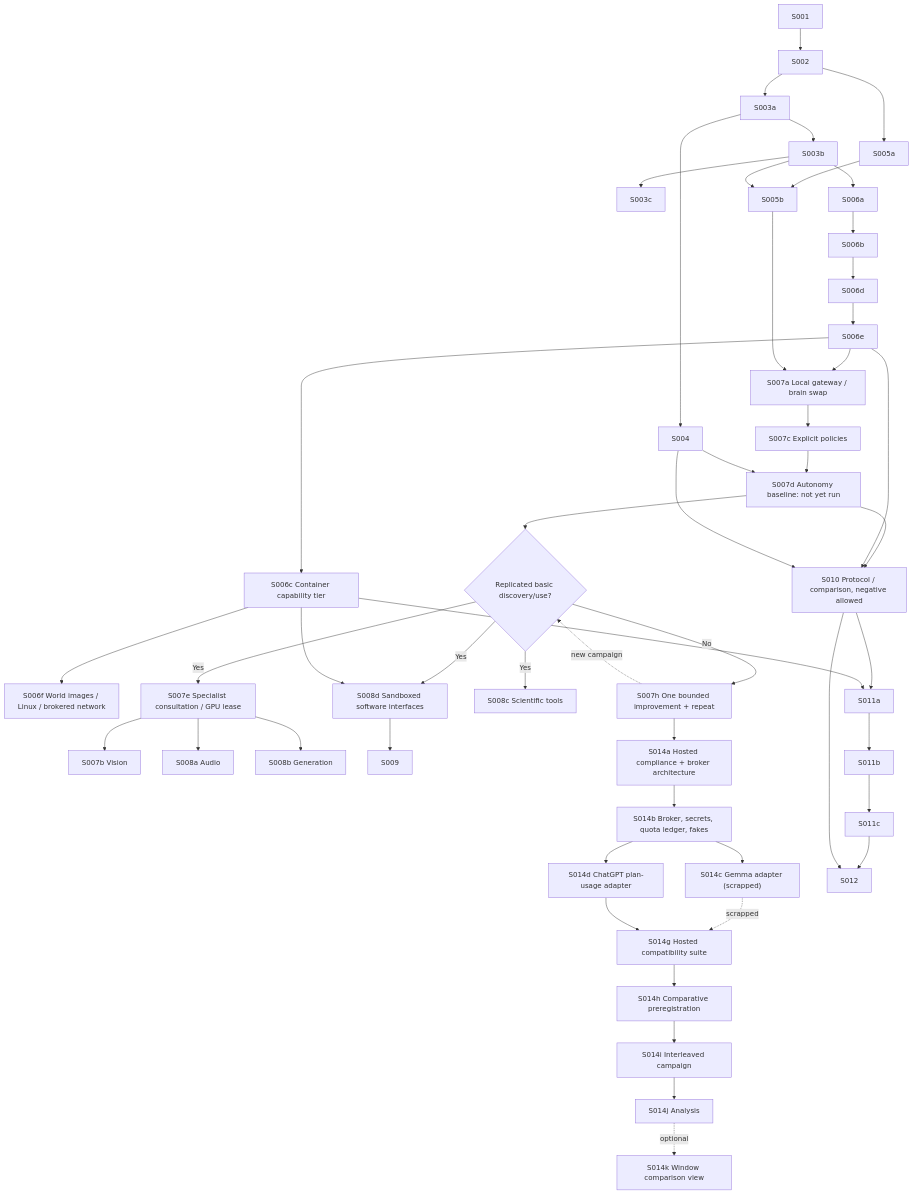
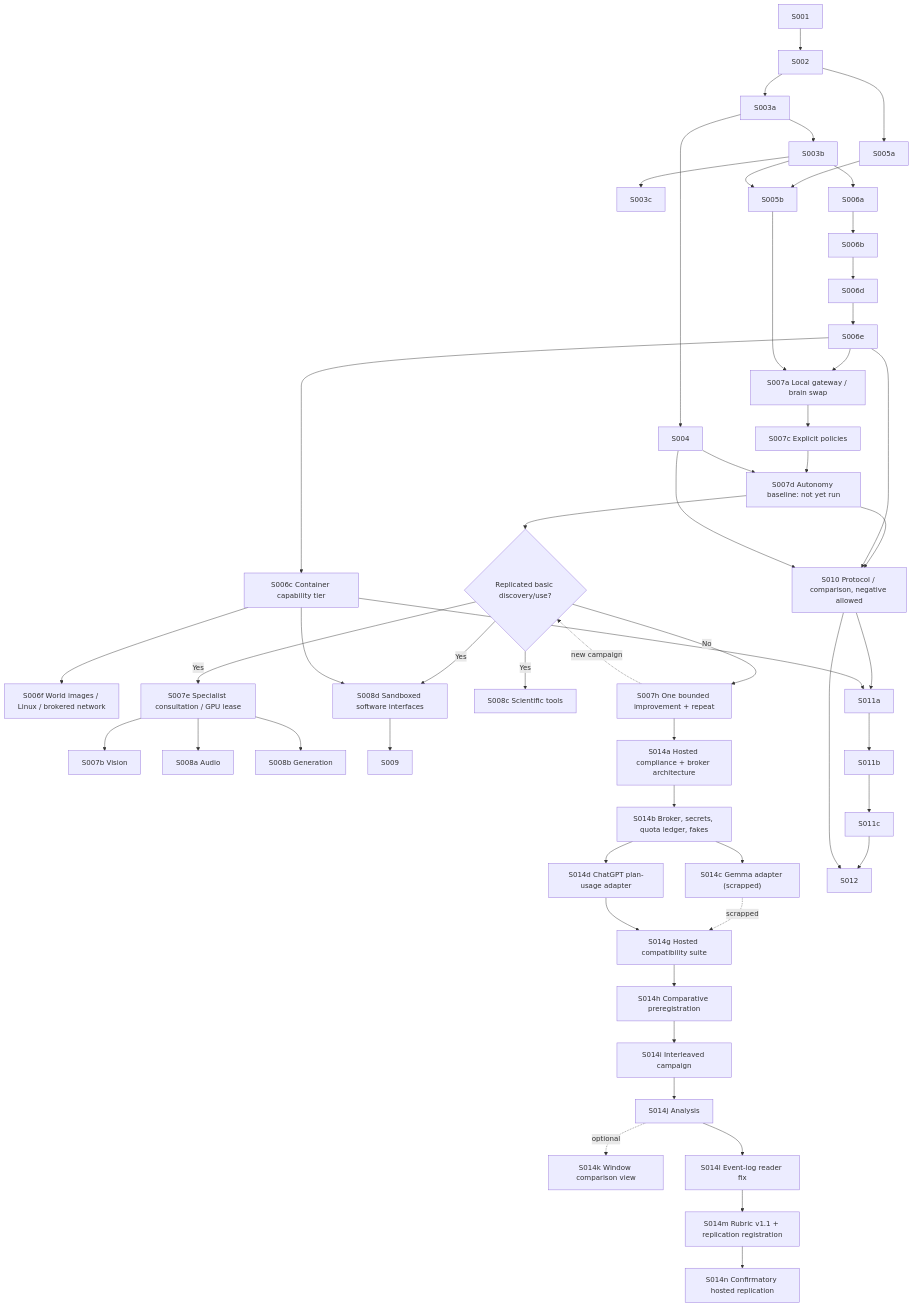
Before and after one commit to jfairfaxball-348/open-lab-builder: the diagram in docs/roadmap/ROADMAP.md, drawn with Mermaid. The commit also changed other lines of this file and 5 other files, not shown here.

````diff
--- a/docs/roadmap/ROADMAP.md
+++ b/docs/roadmap/ROADMAP.md
@@ -42,39 +42,40 @@
 ```mermaid
 flowchart TD
     S001 --> S002 --> S003a --> S003b --> S003c
     S003a --> S004
     S002 --> S005a --> S005b
     S003b --> S005b
     S003b --> S006a --> S006b --> S006d --> S006e
     S006e --> S006c["S006c Container capability tier"]
     S006c --> S006f["S006f World images / Linux / brokered network"]
     S006e --> S007a["S007a Local gateway / brain swap"]
     S005b --> S007a
     S007a --> S007c["S007c Explicit policies"]
     S007c --> S007d["S007d Autonomy baseline: not yet run"]
     S004 --> S007d
     S007d --> Gate{"Replicated basic discovery/use?"}
     Gate -->|No| S007h["S007h One bounded improvement + repeat"]
     S007h -. new campaign .-> Gate
     Gate -->|Yes| S007e["S007e Specialist consultation / GPU lease"]
     S007e --> S007b["S007b Vision"]
     S007e --> S008a["S008a Audio"]
     S007e --> S008b["S008b Generation"]
     Gate -->|Yes| S008c["S008c Scientific tools"]
     Gate -->|Yes| S008d["S008d Sandboxed software interfaces"]
     S006c --> S008d --> S009
     S007h --> S014a["S014a Hosted compliance + broker architecture"]
     S014a --> S014b["S014b Broker, secrets, quota ledger, fakes"]
     S014b --> S014c["S014c Gemma adapter (scrapped)"]
     S014b --> S014d["S014d ChatGPT plan-usage adapter"]
     S014c -. scrapped .-> S014g["S014g Hosted compatibility suite"]
     S014d --> S014g
     S014g --> S014h["S014h Comparative preregistration"] --> S014i["S014i Interleaved campaign"] --> S014j["S014j Analysis"]
     S014j -. optional .-> S014k["S014k Window comparison view"]
+    S014j --> S014l["S014l Event-log reader fix"] --> S014m["S014m Rubric v1.1 + replication registration"] --> S014n["S014n Confirmatory hosted replication"]
     S007d --> S010["S010 Protocol / comparison, negative allowed"]
     S006e --> S010
     S004 --> S010
     S010 --> S011a --> S011b --> S011c --> S012
     S006c --> S011a
     S010 --> S012
 ```
````
